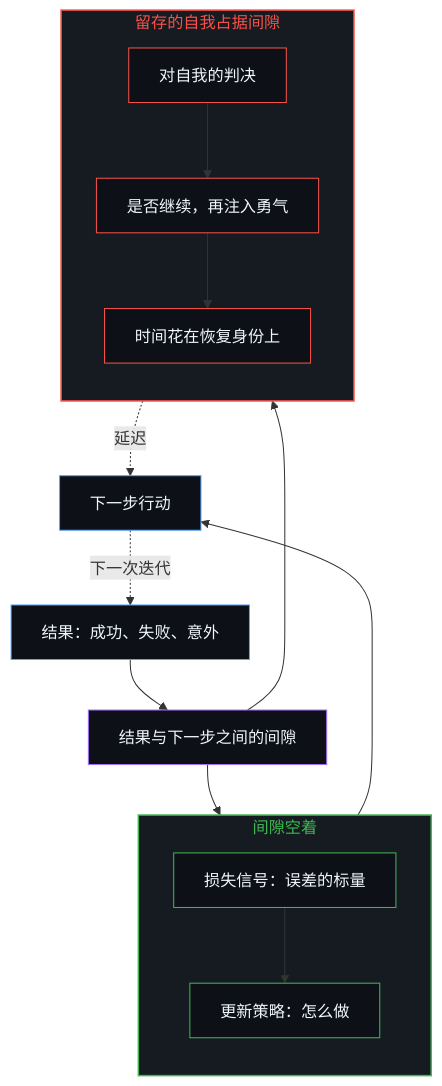
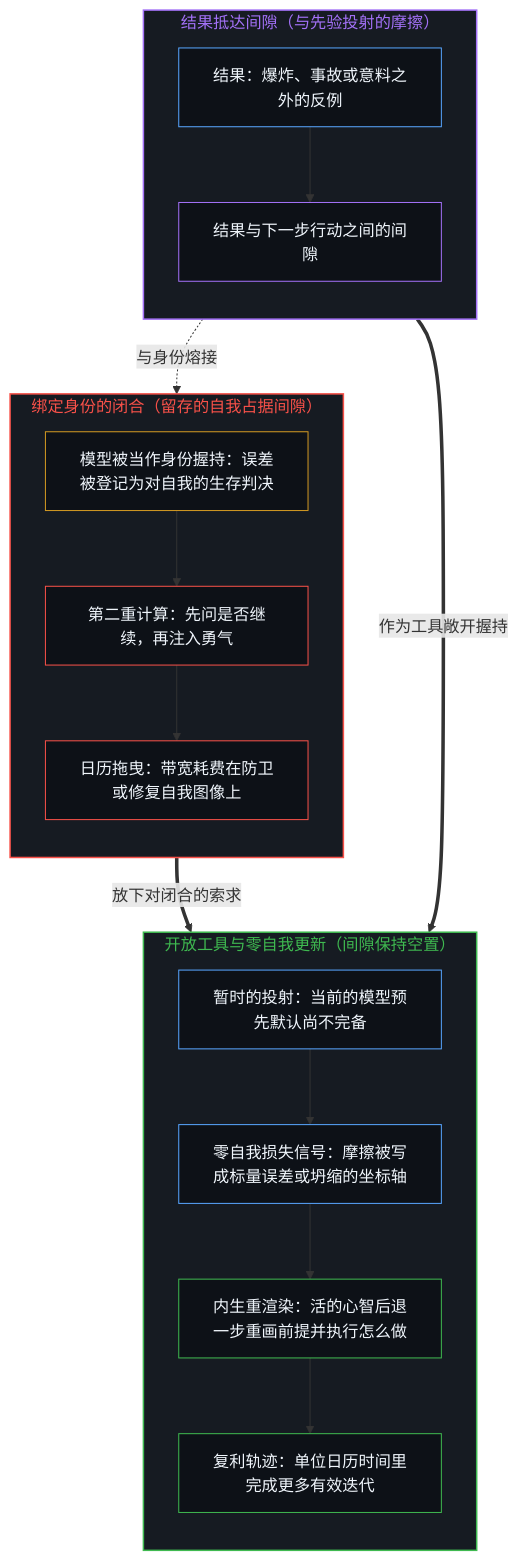
Before and after one commit to powerpig99/not-a-toe: the first of 2 diagrams in content/posts/failure-as-information.md, drawn with Mermaid. The commit also changed other lines of this file and 1 other file, not shown here.

````diff
--- a/content/posts/failure-as-information.md
+++ b/content/posts/failure-as-information.md
@@ -21,32 +31,43 @@
 ```mermaid
 flowchart TD
-    O["结果：成功、失败、意外"]
-    G["结果与下一步之间的间隙"]
-    subgraph S_Empty["间隙空着"]
+    subgraph S_Signal["结果抵达间隙（与先验投射的摩擦）"]
         direction TB
-        E1["损失信号：误差的标量"]
-        E2["更新策略：怎么做"]
+        Out["结果：爆炸、事故或意料之外的反例"]
+        Gap["结果与下一步行动之间的间隙"]
+        Out --> Gap
     end
-    subgraph S_Held["留存的自我占据间隙"]
+
+    subgraph S_Verdict["绑定身份的闭合（留存的自我占据间隙）"]
         direction TB
-        H1["对自我的判决"]
-        H2["是否继续，再注入勇气"]
-        H3["时间花在恢复身份上"]
+        V_Ground["模型被当作身份握持：误差被登记为对自我的生存判决"]
+        V_Second["第二重计算：先问是否继续，再注入勇气"]
+        V_Delay["日历拖曳：带宽耗费在防卫或修复自我图像上"]
+        V_Ground --> V_Second --> V_Delay
     end
-    N["下一步行动"]
-    O --> G
-    G --> E1 --> E2 --> N
-    G --> H1 --> H2 --> H3
-    H3 -.->|"延迟"| N
-    N -.->|"下一次迭代"| O
-    style S_Empty fill:#161b22,stroke:#3fb950,stroke-width:1.5px,color:#3fb950
-    style S_Held fill:#161b22,stroke:#f85149,stroke-width:1.5px,color:#f85149
-    style O fill:#0d1117,stroke:#58a6ff,stroke-width:1px,color:#f0f6fc
-    style G fill:#0d1117,stroke:#a371f7,stroke-width:1px,color:#f0f6fc
-    style E1 fill:#0d1117,stroke:#3fb950,stroke-width:1px,color:#f0f6fc
-    style E2 fill:#0d1117,stroke:#3fb950,stroke-width:1px,color:#f0f6fc
-    style H1 fill:#0d1117,stroke:#f85149,stroke-width:1px,color:#f0f6fc
-    style H2 fill:#0d1117,stroke:#f85149,stroke-width:1px,color:#f0f6fc
-    style H3 fill:#0d1117,stroke:#f85149,stroke-width:1px,color:#f0f6fc
-    style N fill:#0d1117,stroke:#58a6ff,stroke-width:1px,color:#f0f6fc
+
+    subgraph S_Info["开放工具与零自我更新（间隙保持空置）"]
+        direction TB
+        I_Prior["暂时的投射：当前的模型预先默认尚不完备"]
+        I_Scalar["零自我损失信号：摩擦被写成标量误差或坍缩的坐标轴"]
+        I_Step["内生重渲染：活的心智后退一步重画前提并执行怎么做"]
+        I_Comp["复利轨迹：单位日历时间里完成更多有效迭代"]
+        I_Prior --> I_Scalar --> I_Step --> I_Comp
+    end
+
+    Gap -.->|"与身份熔接"| V_Ground
+    Gap ==>|"作为工具敞开握持"| I_Prior
+    V_Delay ==>|"放下对闭合的索求"| I_Scalar
+
+    style S_Signal fill:#161b22,stroke:#a371f7,stroke-width:1.5px,color:#a371f7
+    style S_Verdict fill:#161b22,stroke:#f85149,stroke-width:1.5px,color:#f85149
+    style S_Info fill:#161b22,stroke:#3fb950,stroke-width:1.5px,color:#3fb950
+    style Out fill:#0d1117,stroke:#58a6ff,stroke-width:1px,color:#f0f6fc
+    style Gap fill:#0d1117,stroke:#a371f7,stroke-width:1px,color:#f0f6fc
+    style V_Ground fill:#0d1117,stroke:#d29922,stroke-width:1px,color:#f0f6fc
+    style V_Second fill:#0d1117,stroke:#f85149,stroke-width:1px,color:#f0f6fc
+    style V_Delay fill:#0d1117,stroke:#f85149,stroke-width:1px,color:#f0f6fc
+    style I_Prior fill:#0d1117,stroke:#58a6ff,stroke-width:1px,color:#f0f6fc
+    style I_Scalar fill:#0d1117,stroke:#58a6ff,stroke-width:1px,color:#f0f6fc
+    style I_Step fill:#0d1117,stroke:#3fb950,stroke-width:1px,color:#f0f6fc
+    style I_Comp fill:#0d1117,stroke:#3fb950,stroke-width:1px,color:#f0f6fc
 ```
````
